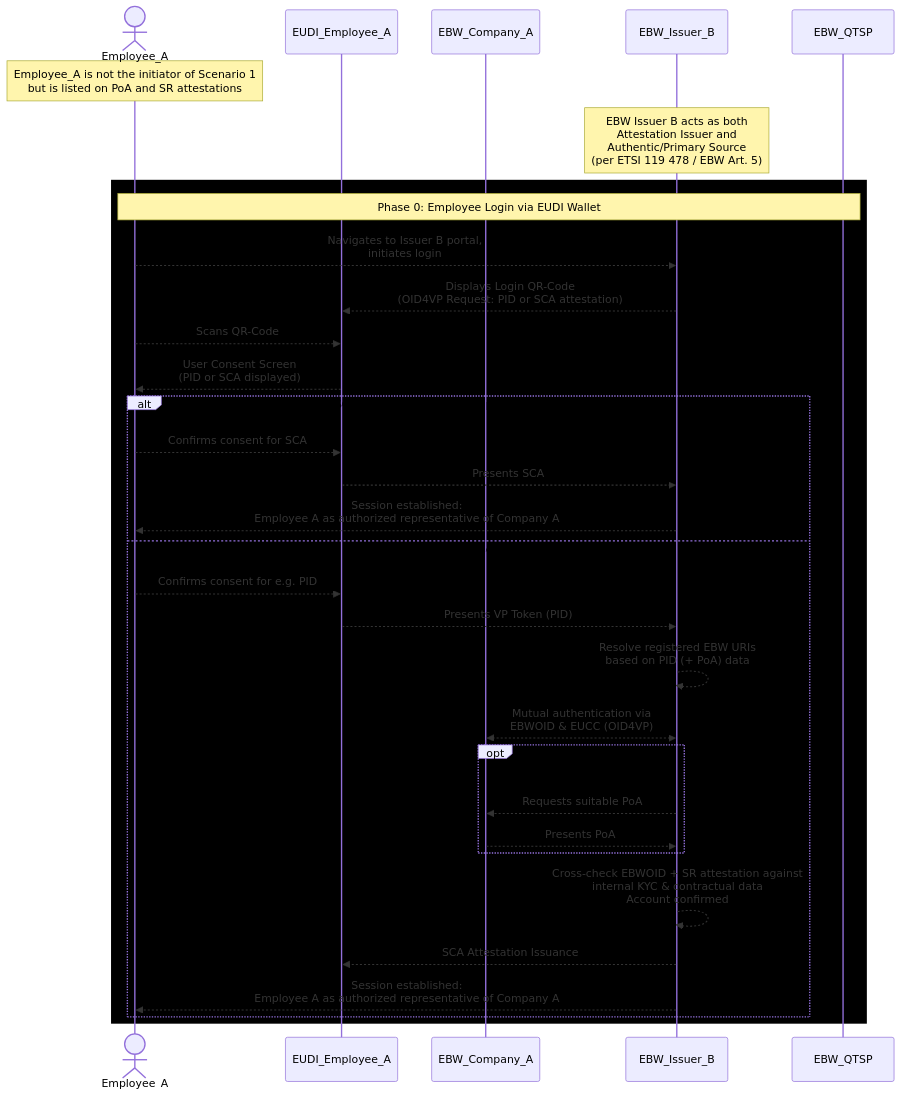
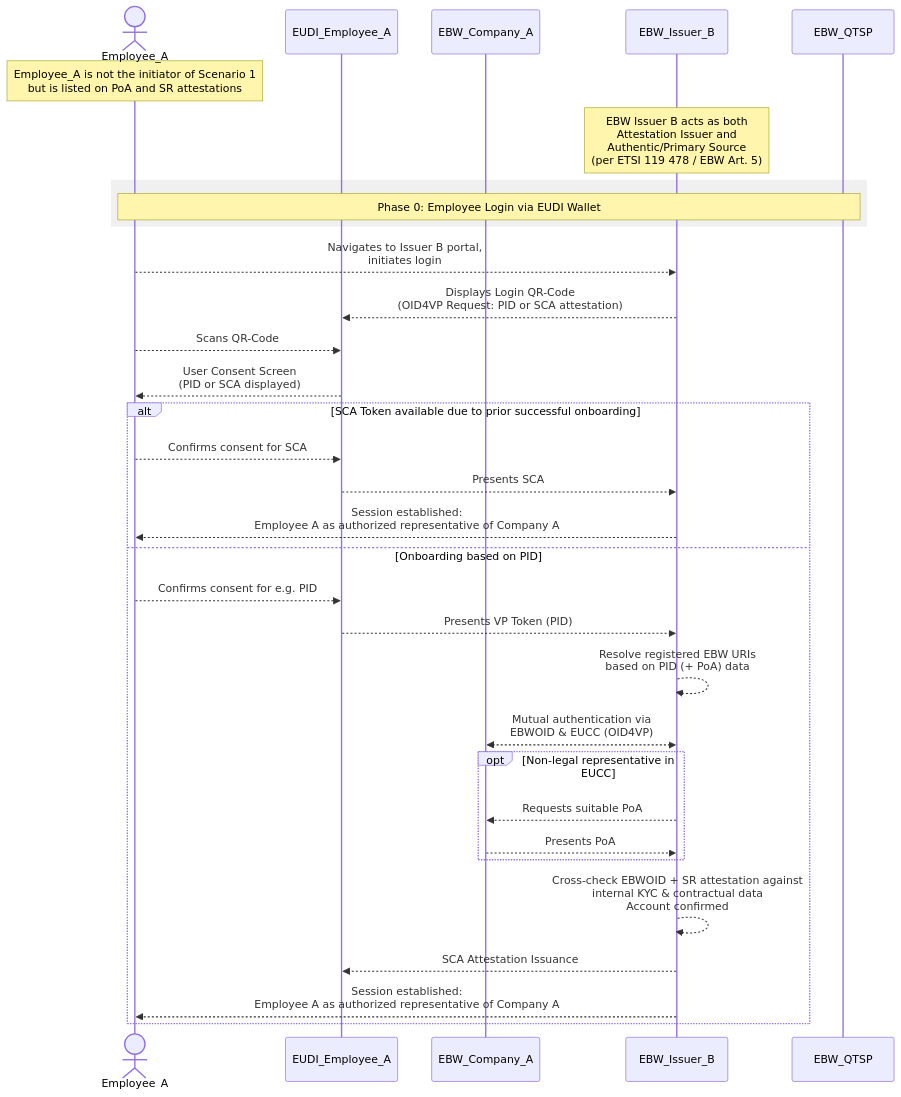
One commit to flo0x/wp3-technology-standards changed diagram 12 of 13 in PA3/PA3_MVP_Plus.md. Above: the diagram before and after it, drawn with Mermaid. The commit also changed other lines of this file, not shown here.

````diff
--- a/PA3/PA3_MVP_Plus.md
+++ b/PA3/PA3_MVP_Plus.md
@@ -311,40 +311,40 @@
 ```mermaid
 sequenceDiagram
     
     actor Employee_A
     participant EUDI_Employee_A
     note over Employee_A: Employee_A is not the initiator of Scenario 1<br/>but is listed on PoA and SR attestations
     participant EBW_Company_A
     participant EBW_Issuer_B
     note over EBW_Issuer_B: EBW Issuer B acts as both<br/>Attestation Issuer and<br/>Authentic/Primary Source<br/>(per ETSI 119 478 / EBW Art. 5)
     participant EBW_QTSP
 
-    rect rgb(0, 0, 0)
+    rect rgb(240, 240, 240)
         note over Employee_A, EBW_QTSP: Phase 0: Employee Login via EUDI Wallet
-
+    end 
         Employee_A -->> EBW_Issuer_B: Navigates to Issuer B portal,<br/>initiates login
         EBW_Issuer_B -->> EUDI_Employee_A: Displays Login QR-Code<br/>(OID4VP Request: PID or SCA attestation)
         Employee_A -->> EUDI_Employee_A: Scans QR-Code
         EUDI_Employee_A -->> Employee_A: User Consent Screen<br/>(PID or SCA displayed)
 
         alt SCA Token available due to prior successful onboarding
             Employee_A -->> EUDI_Employee_A: Confirms consent for SCA
             EUDI_Employee_A -->> EBW_Issuer_B: Presents SCA
             EBW_Issuer_B -->> Employee_A: Session established:<br/>Employee A as authorized representative of Company A
         else Onboarding based on PID
             Employee_A -->> EUDI_Employee_A: Confirms consent for e.g. PID
             EUDI_Employee_A -->> EBW_Issuer_B: Presents VP Token (PID)
             EBW_Issuer_B -->> EBW_Issuer_B: Resolve registered EBW URIs<br/>based on PID (+ PoA) data
             EBW_Issuer_B <<-->> EBW_Company_A: Mutual authentication via<br/>EBWOID & EUCC (OID4VP)
 
             opt Non-legal representative in EUCC
                 EBW_Issuer_B -->> EBW_Company_A: Requests suitable PoA
                 EBW_Company_A -->> EBW_Issuer_B: Presents PoA
             end
 
             EBW_Issuer_B -->> EBW_Issuer_B: Cross-check EBWOID + SR attestation against<br/>internal KYC & contractual data<br/>Account confirmed
             EBW_Issuer_B -->> EUDI_Employee_A: SCA Attestation Issuance
             EBW_Issuer_B -->> Employee_A: Session established:<br/>Employee A as authorized representative of Company A
         end
-    end 
+     
 ```
````
